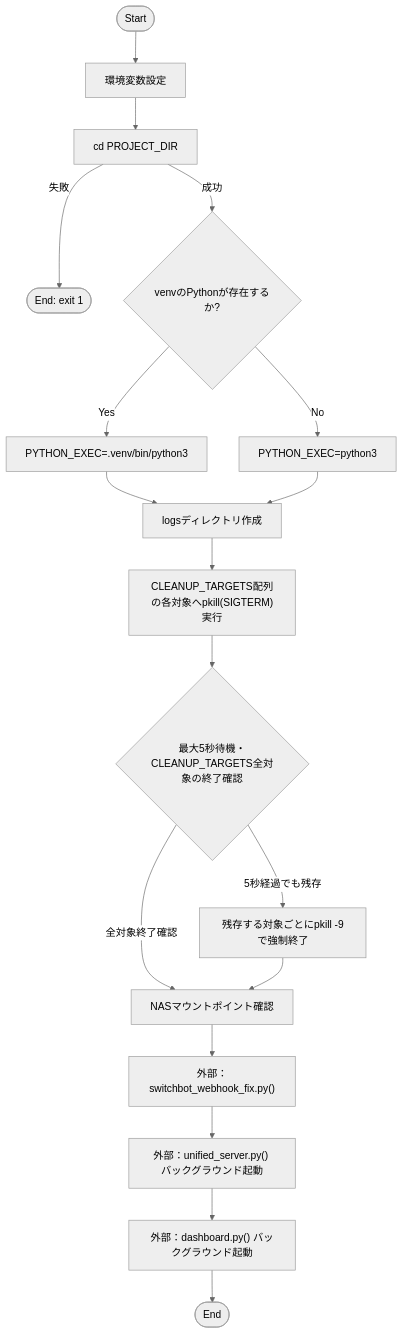
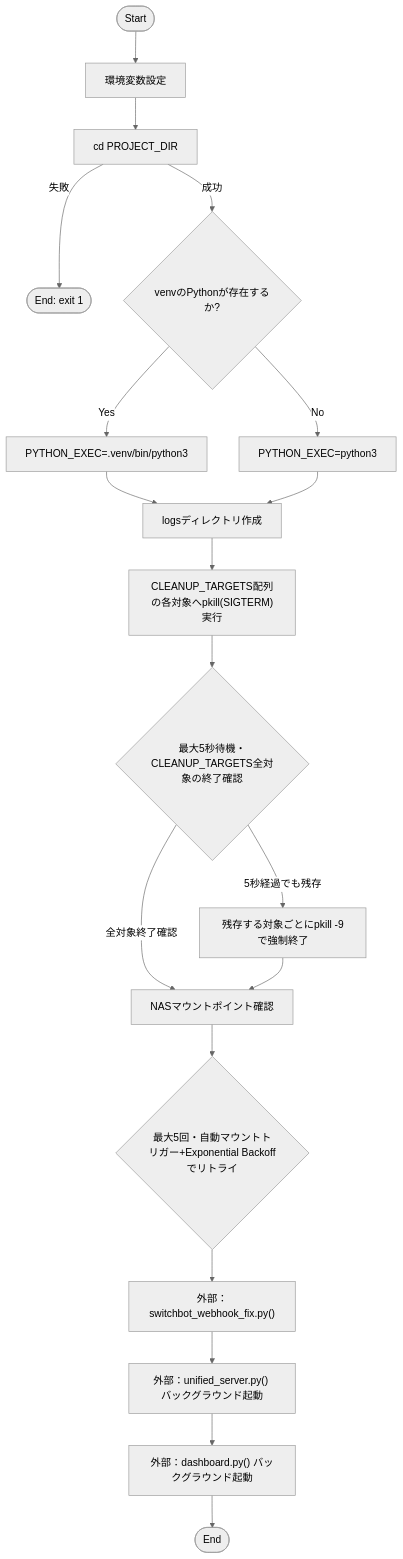
Before and after one commit to mmtigers/my_python_project: the first of 2 diagrams in docs/specifications/MY_HOME_SYSTEM/start_all.md, drawn with Mermaid (neutral theme). The commit also changed other lines of this file and 2 other files, not shown here.

````diff
--- a/docs/specifications/MY_HOME_SYSTEM/start_all.md
+++ b/docs/specifications/MY_HOME_SYSTEM/start_all.md
@@ -140,21 +140,22 @@
 ```mermaid
 flowchart TD
     Start([Start]) --> Env[環境変数設定]
     Env --> CD[cd PROJECT_DIR]
     CD -- 失敗 --> Exit1([End: exit 1])
     CD -- 成功 --> PyCheck{venvのPythonが存在するか?}
     PyCheck -- Yes --> SetVenv["PYTHON_EXEC=.venv/bin/python3"]
     PyCheck -- No --> SetSysPy["PYTHON_EXEC=python3"]
     SetVenv --> MkdirLogs[logsディレクトリ作成]
     SetSysPy --> MkdirLogs
     MkdirLogs --> PkillSoft["CLEANUP_TARGETS配列の各対象へpkill(SIGTERM)実行"]
     PkillSoft --> WaitLoop{最大5秒待機・CLEANUP_TARGETS全対象の終了確認}
     WaitLoop -- "全対象終了確認" --> CheckNAS
     WaitLoop -- "5秒経過でも残存" --> PkillHard["残存する対象ごとにpkill -9で強制終了"]
     PkillHard --> CheckNAS[NASマウントポイント確認]
-    CheckNAS --> WebhookFix["外部：switchbot_webhook_fix.py()"]
+    CheckNAS --> MountLoop{最大5回・自動マウントトリガー+Exponential Backoffでリトライ}
+    MountLoop --> WebhookFix["外部：switchbot_webhook_fix.py()"]
     WebhookFix --> ServerBoot["外部：unified_server.py() バックグラウンド起動"]
     ServerBoot --> DashboardBoot["外部：dashboard.py() バックグラウンド起動"]
     DashboardBoot --> End([End])
 
 ```
````
